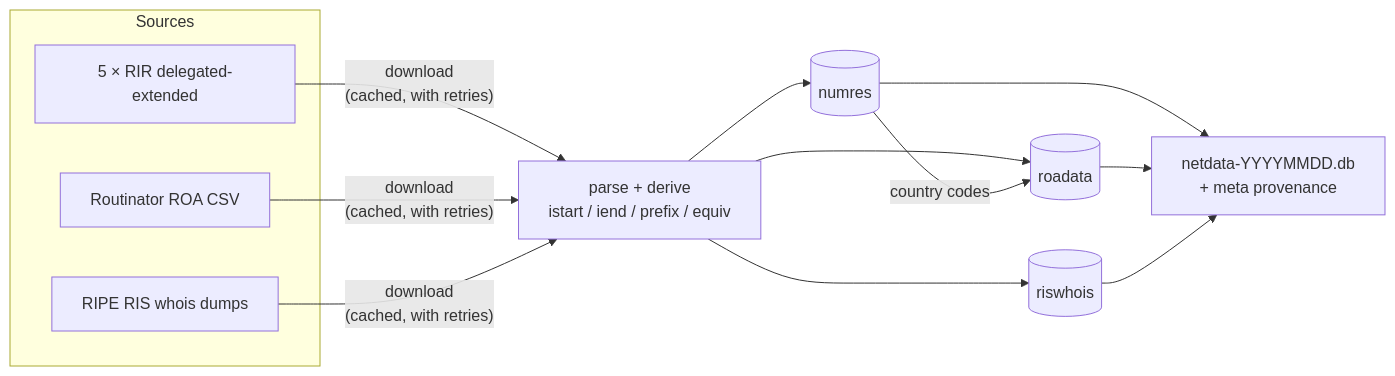
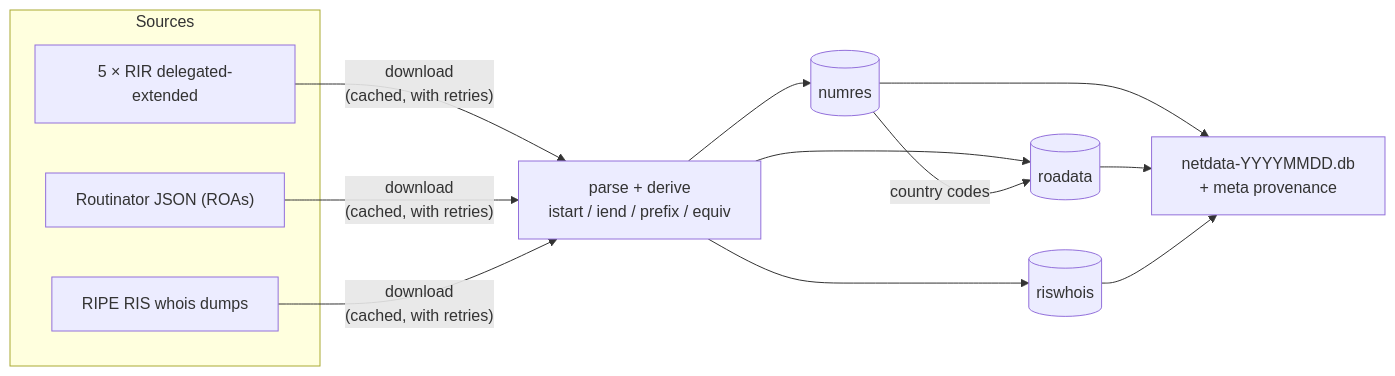
The diagram in README.md (cm2c-internet-measurements/rir-netdata), drawn with Mermaid before and after one commit. The commit also changed other lines of this file and 12 other files, not shown here.

First line of the commit message:
Load roadata from Routinator's JSON export; count compressed bytes (#18, #21)

````diff
--- a/README.md
+++ b/README.md
@@ -51,14 +51,14 @@
 ```mermaid
 flowchart LR
     subgraph Sources
         D["5 × RIR delegated-extended"]
-        R["Routinator ROA CSV"]
+        R["Routinator JSON (ROAs)"]
         W["RIPE RIS whois dumps"]
     end
     D & R & W -->|"download<br/>(cached, with retries)"| P["parse + derive<br/>istart / iend / prefix / equiv"]
     P --> N[(numres)]
     P --> A[(roadata)]
     P --> S[(riswhois)]
     N -->|"country codes"| A
     N & A & S --> F["netdata-YYYYMMDD.db<br/>+ meta provenance"]
 ```
````
